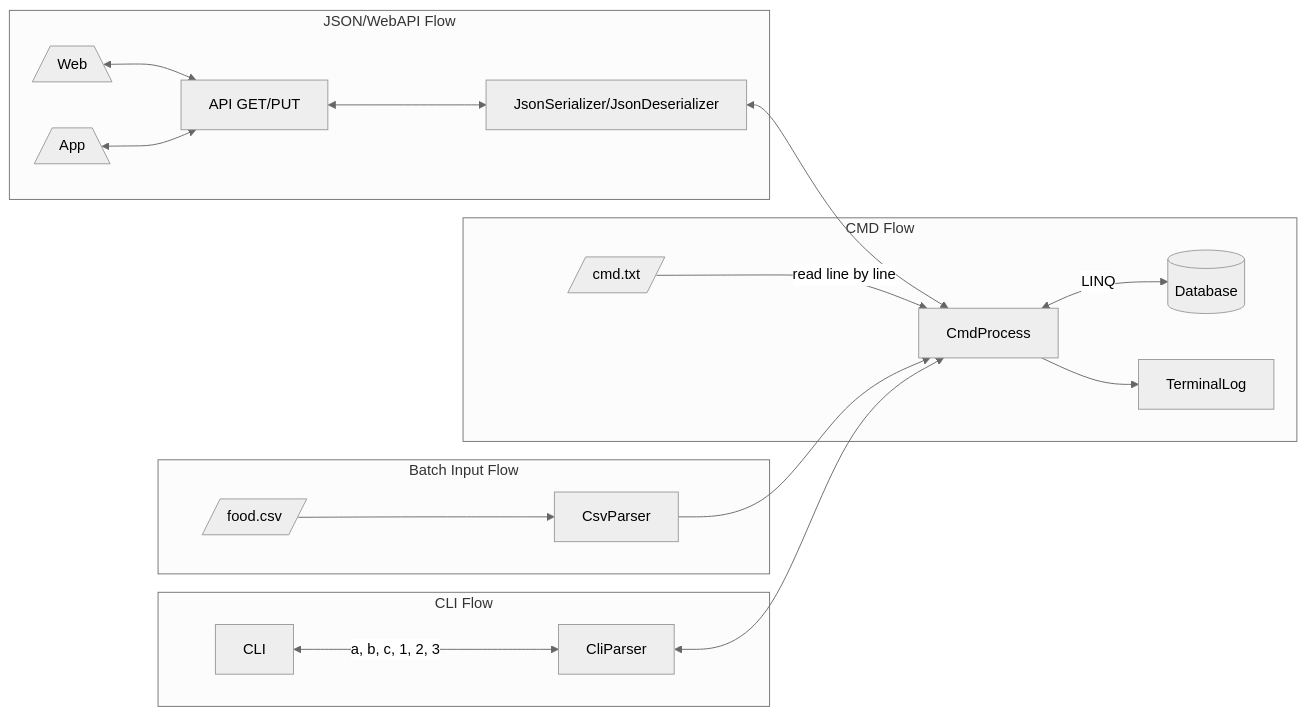
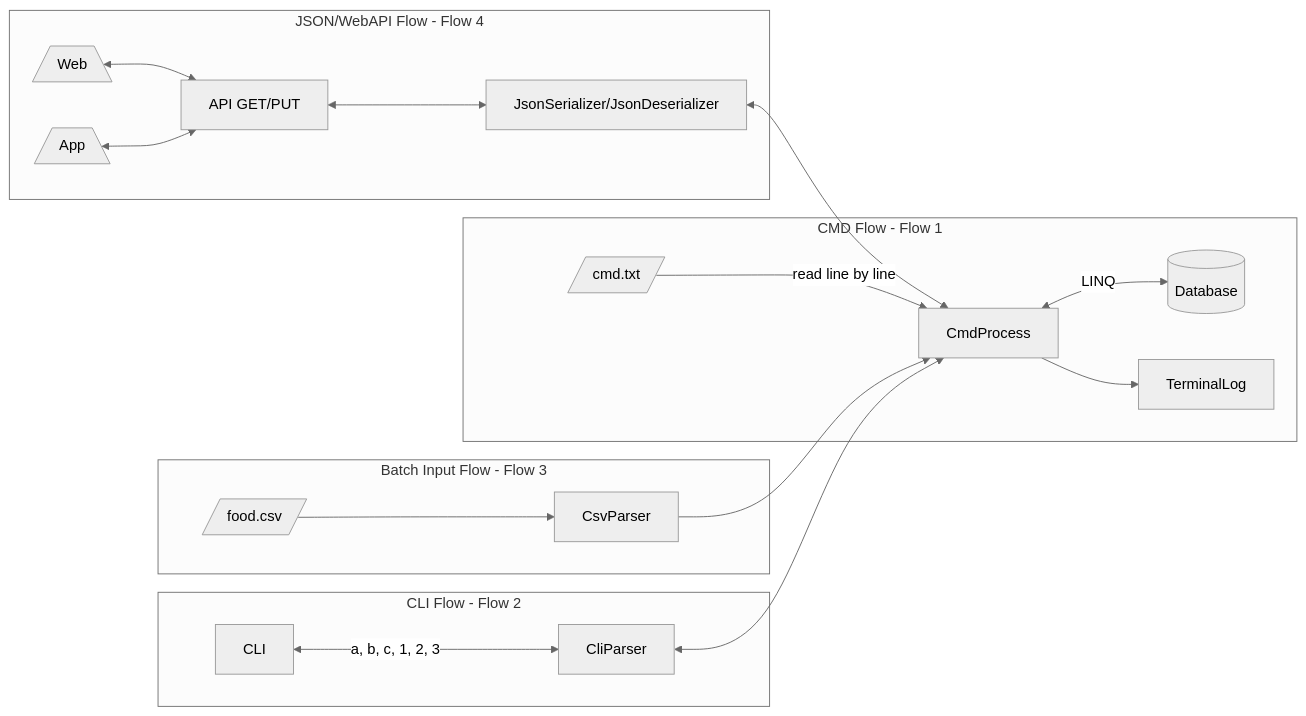
The diagram in 201_samples/doc/Food_Demo_Prog.md (9health/00-dotnet-tutorial), drawn with Mermaid (neutral theme) before and after one commit.

Commit message:
Numbering flow in Basic Design section

````diff
--- a/201_samples/doc/Food_Demo_Prog.md
+++ b/201_samples/doc/Food_Demo_Prog.md
@@ -88,18 +88,18 @@
 ```mermaid
   flowchart LR;
-    subgraph CMD Flow
+    subgraph CMD Flow - Flow 1
       CMD_TXT[/cmd.txt/] --> |read line by line| CMD_PROC[CmdProcess] <--> |LINQ| Database[(Database)];
       CMD_PROC --> TERMINAL_LOG[TerminalLog]
     end
-    subgraph CLI Flow
+    subgraph CLI Flow - Flow 2
       CLI <--> |a, b, c, 1, 2, 3| CLI_PARSER[CliParser] <--> CMD_PROC[CmdProcess];
     end
-    subgraph Batch Input Flow
+    subgraph Batch Input Flow - Flow 3
       FOOD_CSV[/food.csv/] --> CSV_PARSER[CsvParser] --> CMD_PROC[CmdProcess];
     end
-    subgraph JSON/WebAPI Flow
+    subgraph JSON/WebAPI Flow - Flow 4
       FROM_WEB[/Web\] <--> API
       FROM_APP[/App\] <--> API      
       API[API GET/PUT] <--> JSON_PROC[JsonSerializer/JsonDeserializer] <--> CMD_PROC[CmdProcess];
     end
 ```
````
